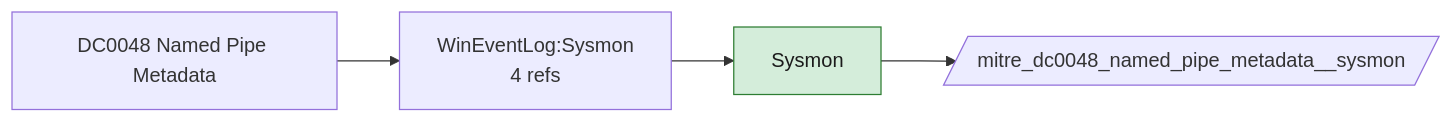
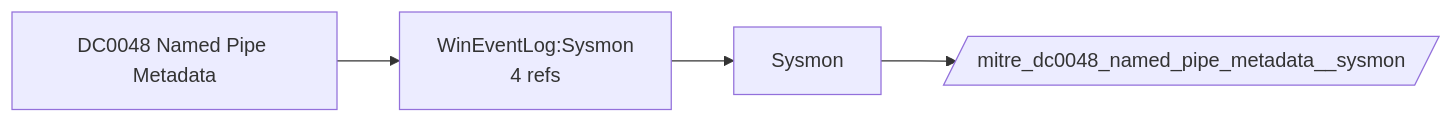
Before and after one commit to dev-nobytes-io/mitre-defensive-mappings-spl: the diagram in docs/data-components/DC0048-named-pipe-metadata.md, drawn with Mermaid. The commit also changed other lines of this file and 366 other files, not shown here.

````diff
--- a/docs/data-components/DC0048-named-pipe-metadata.md
+++ b/docs/data-components/DC0048-named-pipe-metadata.md
@@ -19,11 +19,8 @@
 ```mermaid
 flowchart LR
   DC["DC0048 Named Pipe Metadata"]
   DC --> LS0["WinEventLog:Sysmon<br/>4 refs"]
   F_sysmon["Sysmon"]
   LS0 --> F_sysmon
   F_sysmon --> ET_sysmon[/"mitre_dc0048_named_pipe_metadata__sysmon"/]
-  class F_sysmon live
-  classDef live fill:#d4edda,stroke:#2e7d32,color:#1b1b1b
-  classDef ready fill:#fff3cd,stroke:#b26a00,color:#1b1b1b
 ```
````
